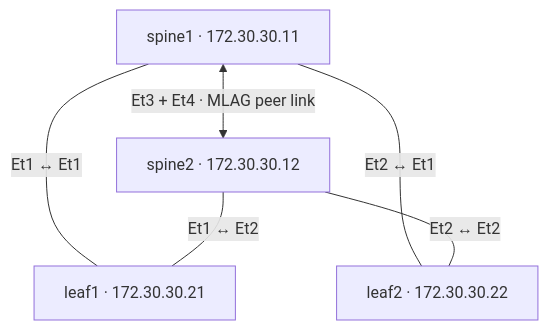
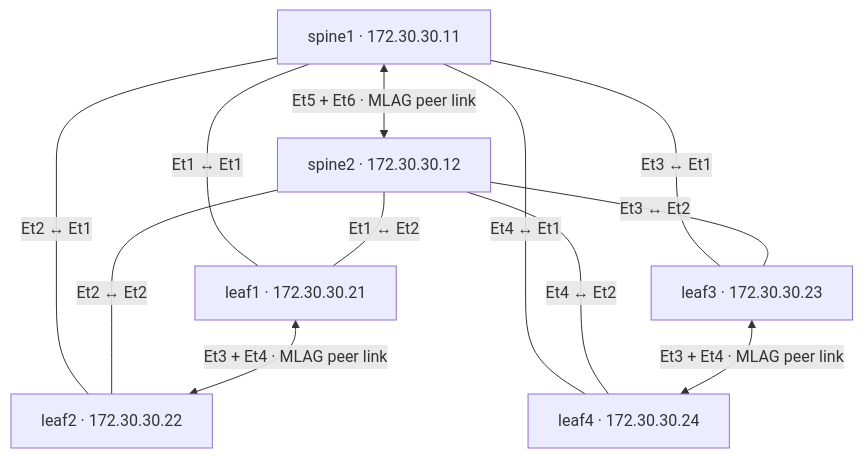
The diagram in README.md (mthiel117/Digital-Twin), drawn with Mermaid before and after one commit. The commit also changed other lines of this file and 47 other files, not shown here.

````diff
--- a/README.md
+++ b/README.md
@@ -11,8 +17,14 @@
 ```mermaid
 flowchart TB
-    S1[spine1 · 172.30.30.11] <-->|"Et3 + Et4 · MLAG peer link"| S2[spine2 · 172.30.30.12]
+    S1[spine1 · 172.30.30.11] <-->|"Et5 + Et6 · MLAG peer link"| S2[spine2 · 172.30.30.12]
     S1 ---|"Et1 ↔ Et1"| L1[leaf1 · 172.30.30.21]
     S2 ---|"Et1 ↔ Et2"| L1
     S1 ---|"Et2 ↔ Et1"| L2[leaf2 · 172.30.30.22]
     S2 ---|"Et2 ↔ Et2"| L2
+    S1 ---|"Et3 ↔ Et1"| L3[leaf3 · 172.30.30.23]
+    S2 ---|"Et3 ↔ Et2"| L3
+    S1 ---|"Et4 ↔ Et1"| L4[leaf4 · 172.30.30.24]
+    S2 ---|"Et4 ↔ Et2"| L4
+    L1 <-->|"Et3 + Et4 · MLAG peer link"| L2
+    L3 <-->|"Et3 + Et4 · MLAG peer link"| L4
 ```
````
